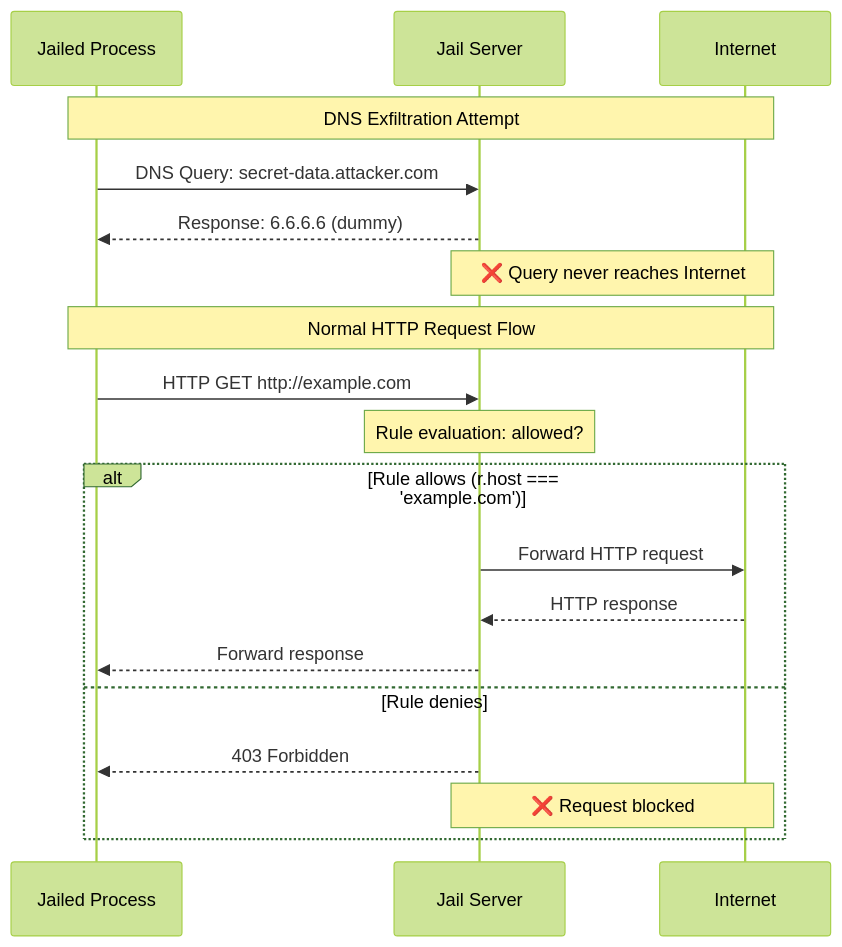
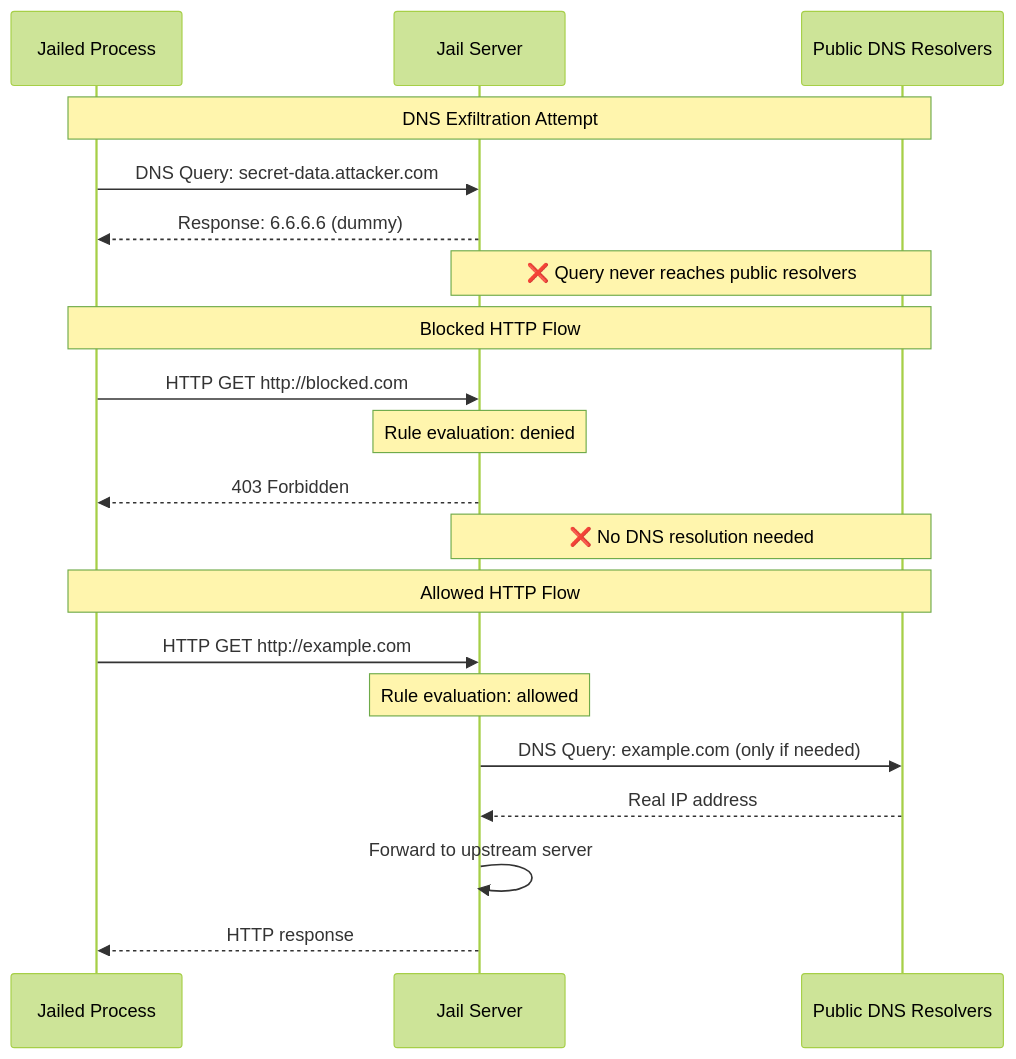
The diagram in README.md (coder/httpjail), drawn with Mermaid (forest theme) before and after one commit. The commit also changed other lines of this file, not shown here.

Commit message:
docs: improve sequence diagram clarity for DNS protection
- Change "Internet" to "Public DNS Resolvers" for accuracy
- Show blocked and allowed HTTP flows as separate sequences
- Clarify that DNS resolution only happens for allowed requests
- Update description to highlight the three key scenarios

🤖 Generated with [Claude Code](https://claude.ai/code)

````diff
--- a/README.md
+++ b/README.md
@@ -132,23 +132,25 @@
 ```mermaid
 sequenceDiagram
     participant J as Jailed Process
     participant S as Jail Server
-    participant I as Internet
+    participant D as Public DNS Resolvers
     
-    Note over J,I: DNS Exfiltration Attempt
+    Note over J,D: DNS Exfiltration Attempt
     J->>S: DNS Query: secret-data.attacker.com
     S-->>J: Response: 6.6.6.6 (dummy)
-    Note over S,I: ❌ Query never reaches Internet
+    Note over S,D: ❌ Query never reaches public resolvers
     
-    Note over J,I: Normal HTTP Request Flow
+    Note over J,D: Blocked HTTP Flow
+    J->>S: HTTP GET http://blocked.com
+    Note over S: Rule evaluation: denied
+    S-->>J: 403 Forbidden
+    Note over S,D: ❌ No DNS resolution needed
+    
+    Note over J,D: Allowed HTTP Flow
     J->>S: HTTP GET http://example.com
-    Note over S: Rule evaluation: allowed?
-    alt Rule allows (r.host === 'example.com')
-        S->>I: Forward HTTP request
-        I-->>S: HTTP response
-        S-->>J: Forward response
-    else Rule denies
-        S-->>J: 403 Forbidden
-        Note over S,I: ❌ Request blocked
-    end
+    Note over S: Rule evaluation: allowed
+    S->>D: DNS Query: example.com (only if needed)
+    D-->>S: Real IP address
+    S->>S: Forward to upstream server
+    S-->>J: HTTP response
 ```
````
